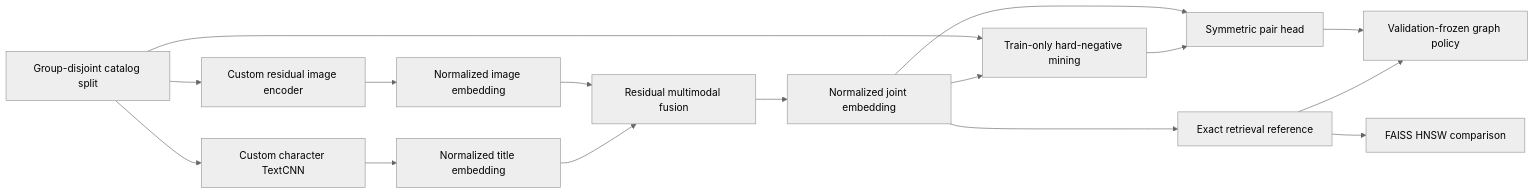
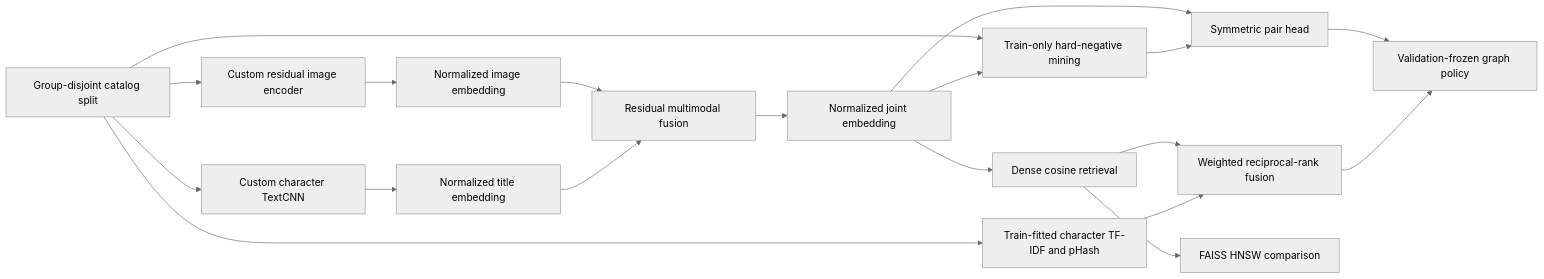
The first of 3 diagrams in docs/architecture.md (gauronaldo/Shopee-Price-Match-Guarantee-Competition), drawn with Mermaid (neutral theme) before and after one commit. The commit also changed other lines of this file and 8 other files, not shown here.

````diff
--- a/docs/architecture.md
+++ b/docs/architecture.md
@@ -5,18 +5,21 @@
 ```mermaid
 flowchart LR
     A[Group-disjoint catalog split] --> B[Custom residual image encoder]
     A --> C[Custom character TextCNN]
     B --> D[Normalized image embedding]
     C --> E[Normalized title embedding]
     D --> F[Residual multimodal fusion]
     E --> F
     F --> G[Normalized joint embedding]
     G --> H[Symmetric pair head]
     A --> I[Train-only hard-negative mining]
     G --> I
     I --> H
-    G --> J[Exact retrieval reference]
-    J --> K[FAISS HNSW comparison]
+    G --> J[Dense cosine retrieval]
+    A --> K[Train-fitted character TF-IDF and pHash]
+    J --> N[Weighted reciprocal-rank fusion]
+    K --> N
+    J --> O[FAISS HNSW comparison]
     H --> L[Validation-frozen graph policy]
-    J --> L
+    N --> L
 ```
````
